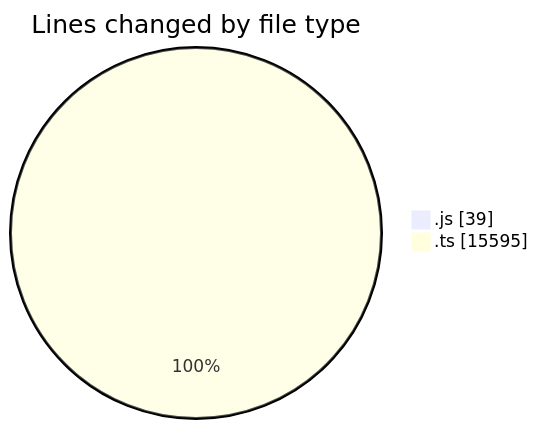
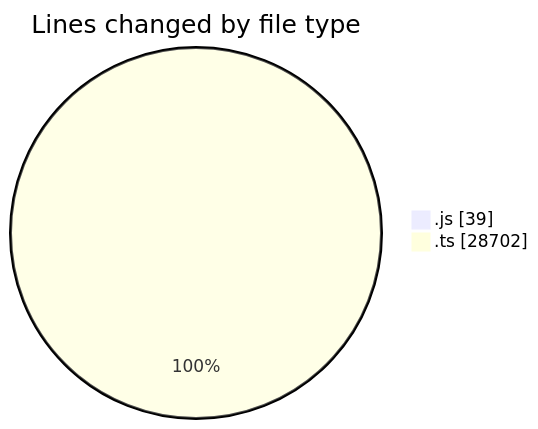
One commit to momahboobian/code-tracking changed the first of 2 diagrams in 2025-06-19/cda/README.md. Above: the diagram before and after it, drawn with Mermaid. The commit also changed other lines of this file and 1 other file, not shown here.

````diff
--- a/2025-06-19/cda/README.md
+++ b/2025-06-19/cda/README.md
@@ -26,6 +27,6 @@
 ```mermaid
 pie showData
 title Lines changed by file type
 ".js" : 39
-".ts" : 15595
+".ts" : 28702
 ```
````
